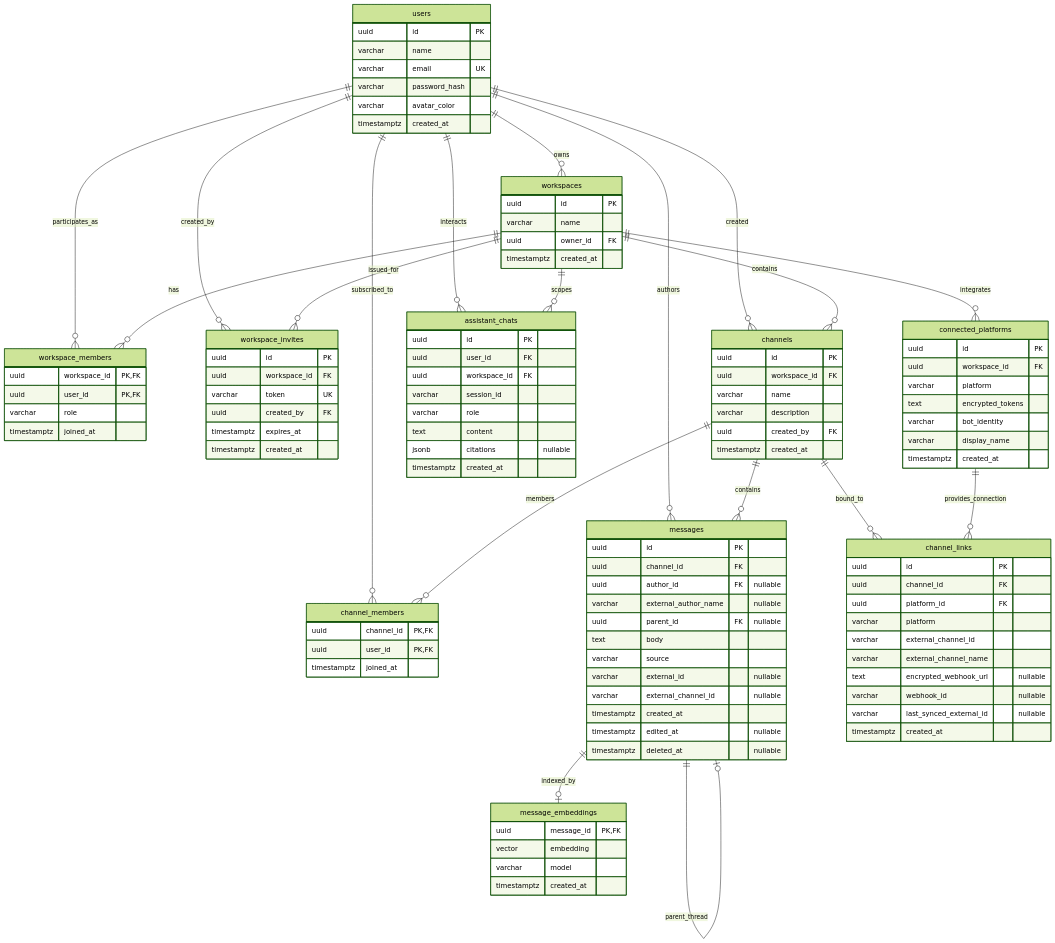
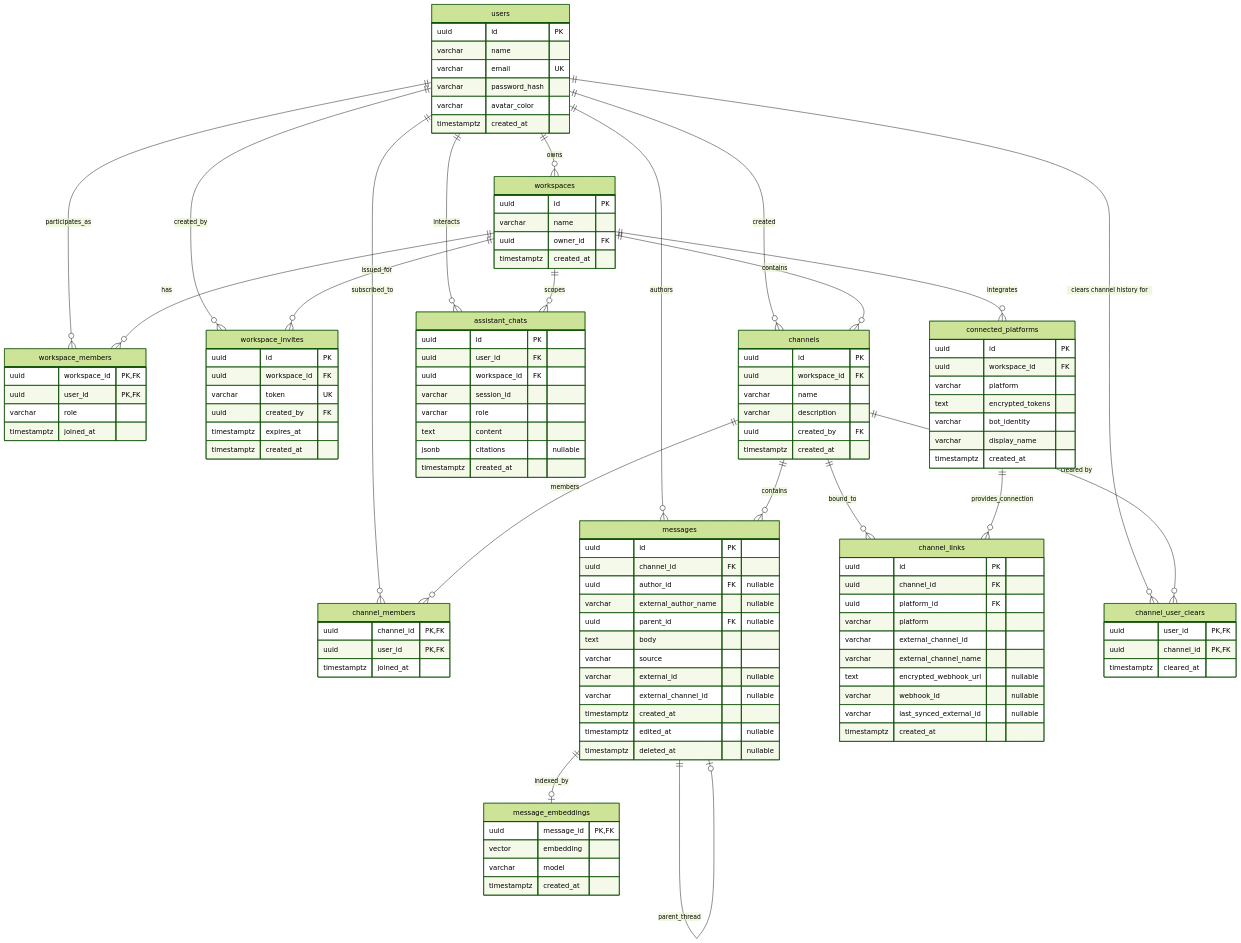
Before and after one commit to AleezahHabib/unichat-b: the diagram in database/diagram.md, drawn with Mermaid (forest theme). The commit also changed 20 other files, not shown here.

Commit message:
Fix channel permissions, add per-user clear chat, leave workspace, and remove member

```diff
--- a/database/diagram.md
+++ b/database/diagram.md
@@ -117,6 +117,16 @@
         timestamptz created_at
     }
 
+
+    channel_user_clears {
+        uuid user_id PK,FK
+        uuid channel_id PK,FK
+        timestamptz cleared_at
+    }
+
+    users ||--o{ channel_user_clears : "clears channel history for"
+    channels ||--o{ channel_user_clears : "cleared by"
+
     assistant_chats {
         uuid id PK
         uuid user_id FK
```
